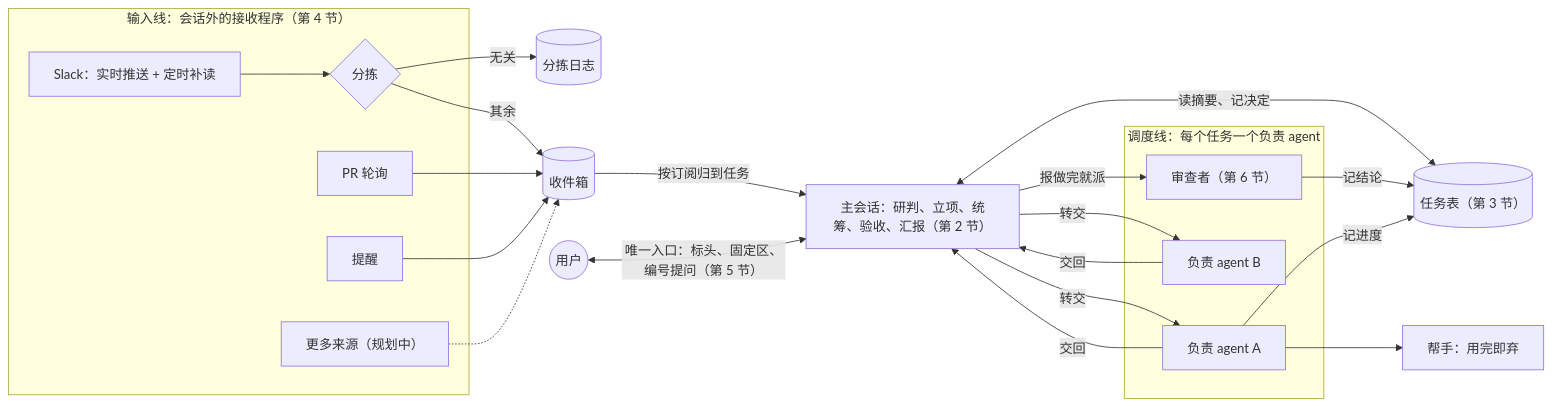
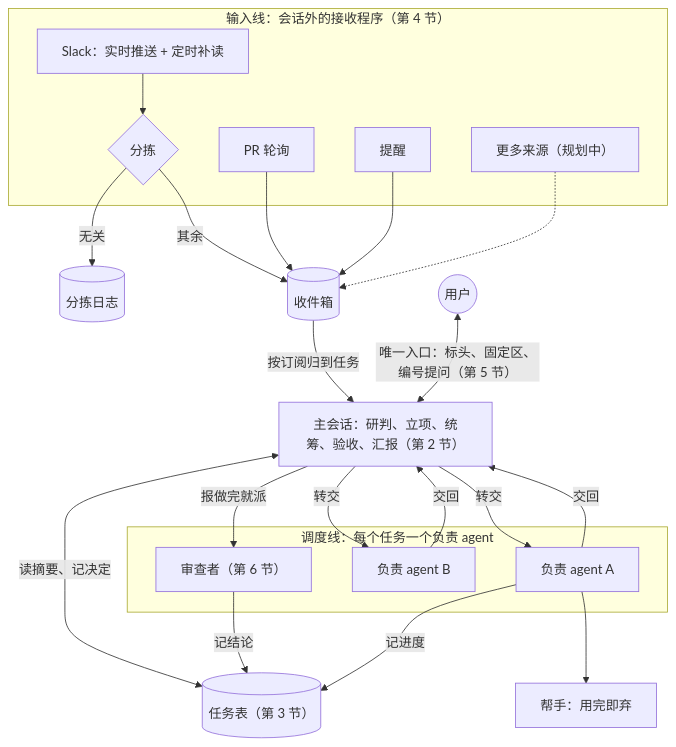
One commit to stofancy/omp-chengxiangfu changed the first of 2 diagrams in docs/注意力稀缺下的harness调度.md. Above: the diagram before and after it, drawn with Mermaid. The commit also changed other lines of this file and 5 other files, not shown here.

````diff
--- a/docs/注意力稀缺下的harness调度.md
+++ b/docs/注意力稀缺下的harness调度.md
@@ -72,30 +72,30 @@
 ```mermaid
-flowchart LR
+flowchart TB
     subgraph SRC["输入线：会话外的接收程序（第 4 节）"]
         SL["Slack：实时推送 + 定时补读"] --> TR{"分拣"}
         PR["PR 轮询"]
         RM["提醒"]
         MORE["更多来源（规划中）"]
     end
     TR -- "无关" --> LOG[("分拣日志")]
     TR -- "其余" --> INBOX[("收件箱")]
     PR --> INBOX
     RM --> INBOX
     MORE -.-> INBOX
     INBOX -- "按订阅归到任务" --> M
     U(("用户")) <-->|"唯一入口：标头、固定区、编号提问（第 5 节）"| M["主会话：研判、立项、统筹、验收、汇报（第 2 节）"]
     M <-->|"读摘要、记决定"| T[("任务表（第 3 节）")]
     subgraph DISPATCH["调度线：每个任务一个负责 agent"]
         O1["负责 agent A"]
         O2["负责 agent B"]
         RV["审查者（第 6 节）"]
     end
     M -- "转交" --> O1
     M -- "转交" --> O2
     O1 --> H["帮手：用完即弃"]
     O1 -- "交回" --> M
     O2 -- "交回" --> M
     M -- "报做完就派" --> RV
     RV -- "记结论" --> T
     O1 -- "记进度" --> T
 ```
````
